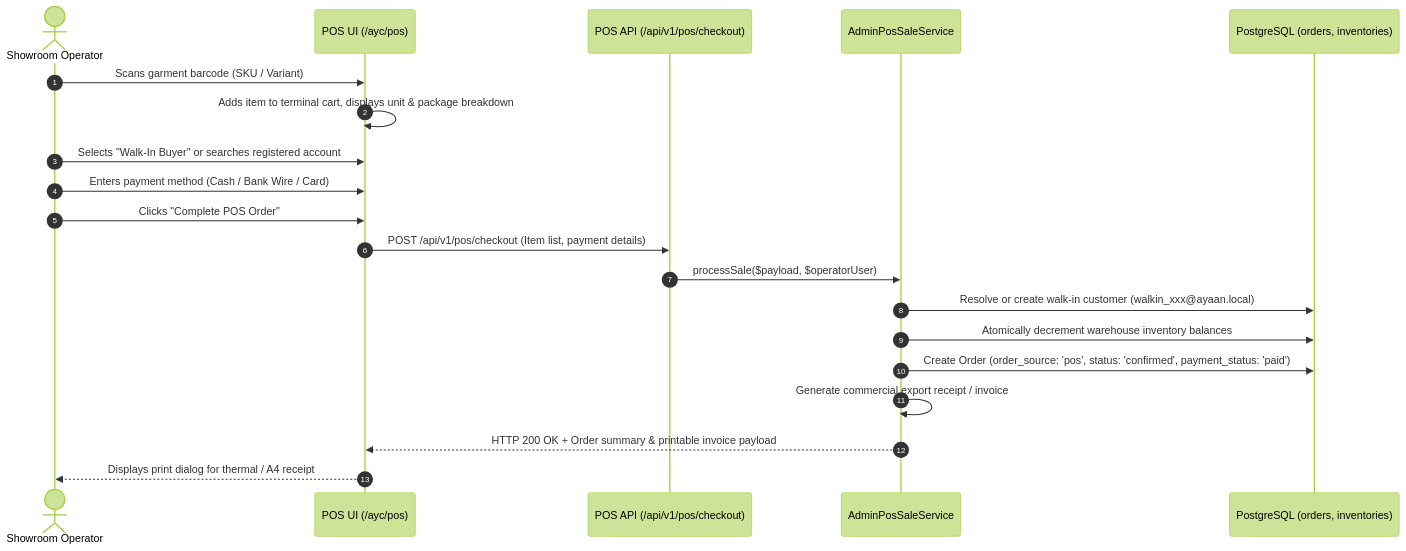
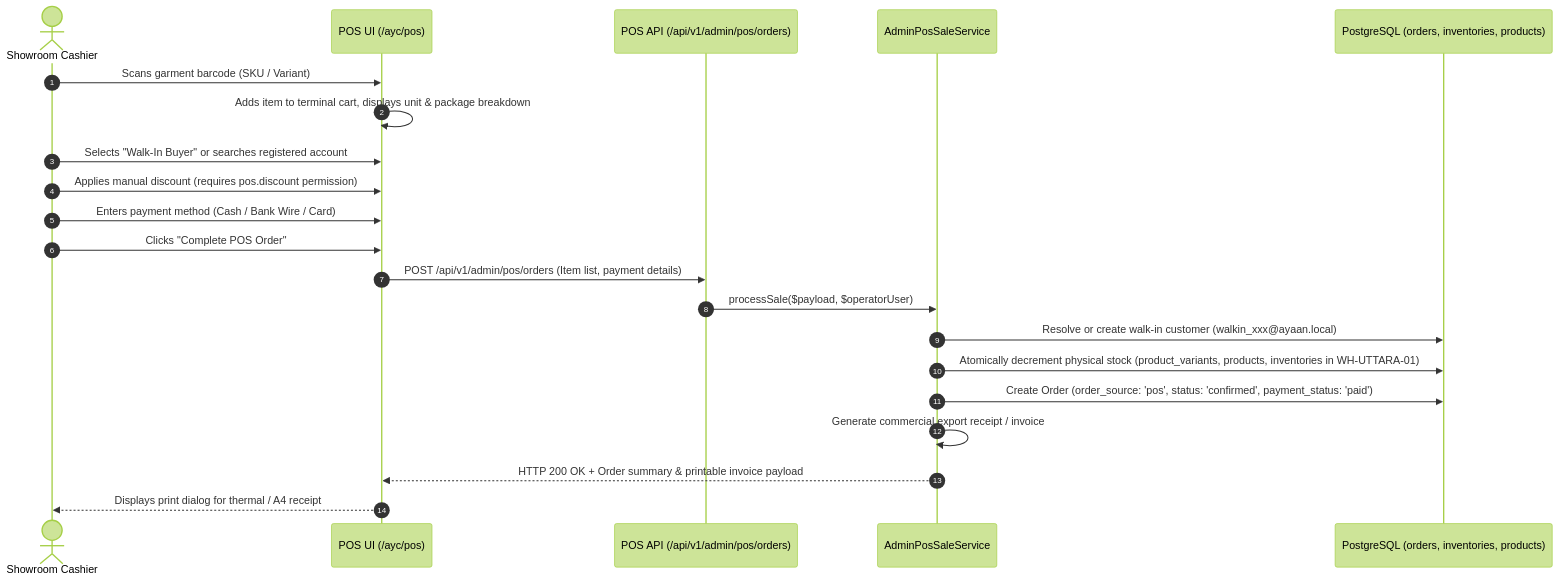
The third of 3 diagrams in docs/CUSTOMERS_AND_ADMINISTRATION.md (labib-0/AYC), drawn with Mermaid (forest theme) before and after one commit. The commit also changed other lines of this file and 15 other files, not shown here.

First line of the commit message:
fix(catalog): reconcile featured products ordering contract with admin sequence

````diff
--- a/docs/CUSTOMERS_AND_ADMINISTRATION.md
+++ b/docs/CUSTOMERS_AND_ADMINISTRATION.md
@@ -95,23 +104,24 @@
 ```mermaid
 sequenceDiagram
     autonumber
-    actor Staff as Showroom Operator
+    actor Staff as Showroom Cashier
     participant POS as POS UI (/ayc/pos)
-    participant API as POS API (/api/v1/pos/checkout)
+    participant API as POS API (/api/v1/admin/pos/orders)
     participant Service as AdminPosSaleService
-    participant DB as PostgreSQL (orders, inventories)
+    participant DB as PostgreSQL (orders, inventories, products)
 
     Staff->>POS: Scans garment barcode (SKU / Variant)
     POS->>POS: Adds item to terminal cart, displays unit & package breakdown
     Staff->>POS: Selects "Walk-In Buyer" or searches registered account
+    Staff->>POS: Applies manual discount (requires pos.discount permission)
     Staff->>POS: Enters payment method (Cash / Bank Wire / Card)
     Staff->>POS: Clicks "Complete POS Order"
-    POS->>API: POST /api/v1/pos/checkout (Item list, payment details)
+    POS->>API: POST /api/v1/admin/pos/orders (Item list, payment details)
     API->>Service: processSale($payload, $operatorUser)
     Service->>DB: Resolve or create walk-in customer (walkin_xxx@ayaan.local)
-    Service->>DB: Atomically decrement warehouse inventory balances
+    Service->>DB: Atomically decrement physical stock (product_variants, products, inventories in WH-UTTARA-01)
     Service->>DB: Create Order (order_source: 'pos', status: 'confirmed', payment_status: 'paid')
     Service->>Service: Generate commercial export receipt / invoice
     Service-->>POS: HTTP 200 OK + Order summary & printable invoice payload
     POS-->>Staff: Displays print dialog for thermal / A4 receipt
 ```
````
